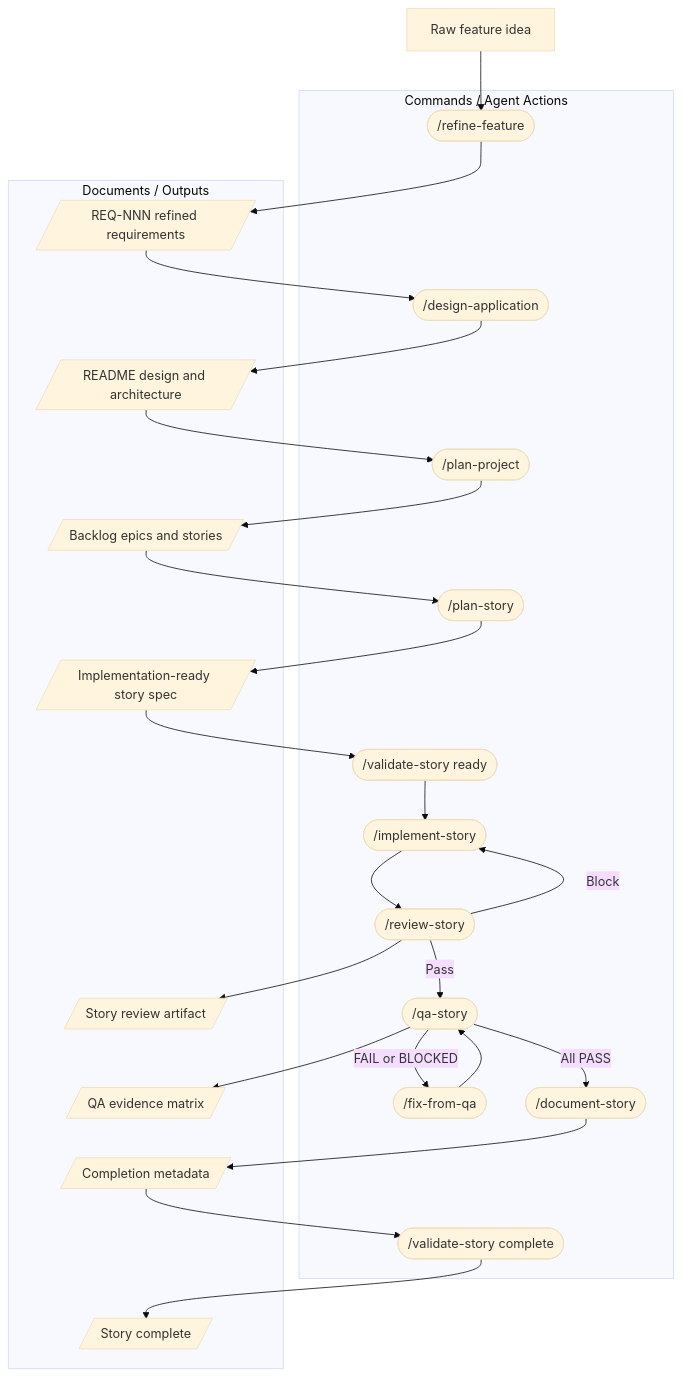
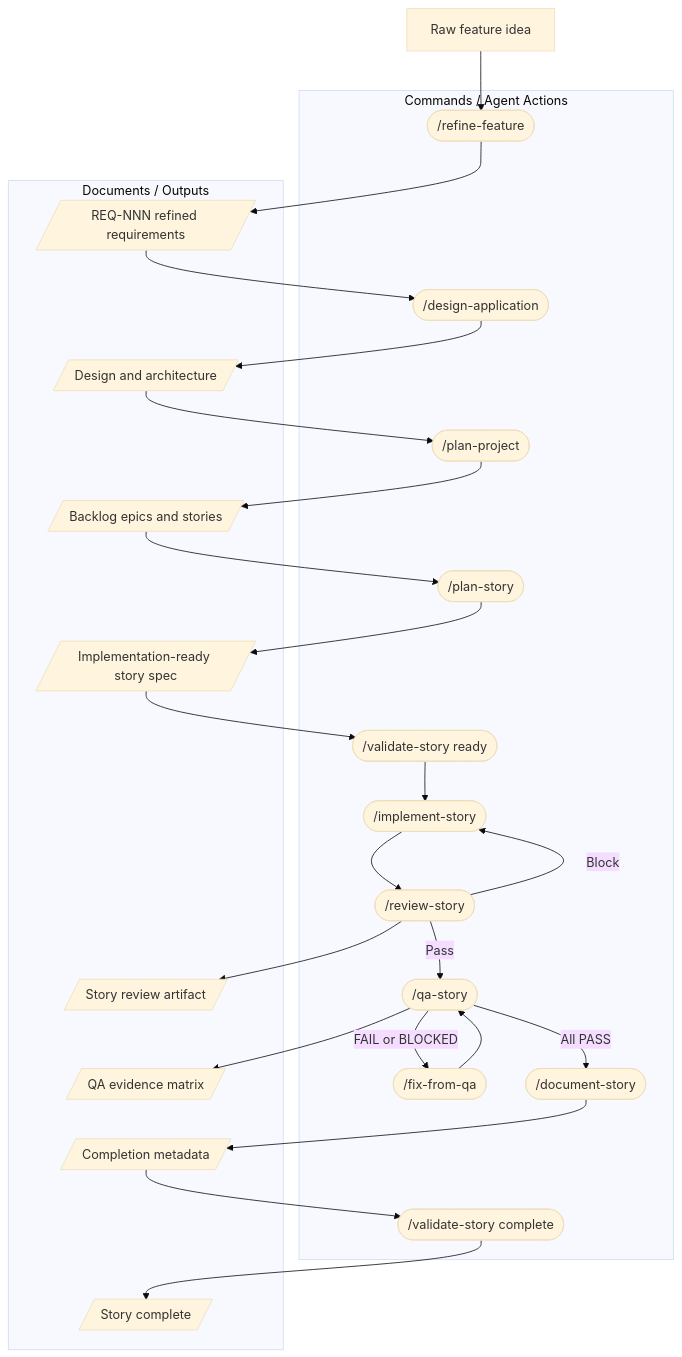
Before and after one commit to PhilipTeitel/Obisidian-AI: the first of 3 diagrams in docs/sdlc/workflow-sdlc.md, drawn with Mermaid (base theme). The commit also changed other lines of this file, not shown here.

````diff
--- a/docs/sdlc/workflow-sdlc.md
+++ b/docs/sdlc/workflow-sdlc.md
@@ -37,51 +37,51 @@
 ```mermaid
 flowchart TD
     rawIdea["Raw feature idea"]
 
     subgraph Commands["Commands / Agent Actions"]
         refineFeature(["/refine-feature"])
         designApplication(["/design-application"])
         planProject(["/plan-project"])
         planStory(["/plan-story"])
         validateReady(["/validate-story ready"])
         implementStory(["/implement-story"])
         reviewStory(["/review-story"])
         qaStory(["/qa-story"])
         fixFromQa(["/fix-from-qa"])
         documentStory(["/document-story"])
         validateComplete(["/validate-story complete"])
     end
 
     subgraph Artifacts["Documents / Outputs"]
         requirementsDoc[/"REQ-NNN refined requirements"/]
-        applicationDesign[/"README design and architecture"/]
+        applicationDesign[/"Design and architecture"/]
         backlog[/"Backlog epics and stories"/]
         storySpec[/"Implementation-ready story spec"/]
         reviewArtifact[/"Story review artifact"/]
         qaEvidence[/"QA evidence matrix"/]
         completionMetadata[/"Completion metadata"/]
         done[/"Story complete"/]
     end
 
     rawIdea --> refineFeature
     refineFeature --> requirementsDoc
     requirementsDoc --> designApplication
     designApplication --> applicationDesign
     applicationDesign --> planProject
     planProject --> backlog
     backlog --> planStory
     planStory --> storySpec
     storySpec --> validateReady
     validateReady --> implementStory
     implementStory --> reviewStory
     reviewStory --> reviewArtifact
     reviewStory -->|"Pass"| qaStory
     reviewStory -->|"Block"| implementStory
     qaStory --> qaEvidence
     qaStory -->|"All PASS"| documentStory
     qaStory -->|"FAIL or BLOCKED"| fixFromQa
     fixFromQa --> qaStory
     documentStory --> completionMetadata
     completionMetadata --> validateComplete
     validateComplete --> done
 ```
````
